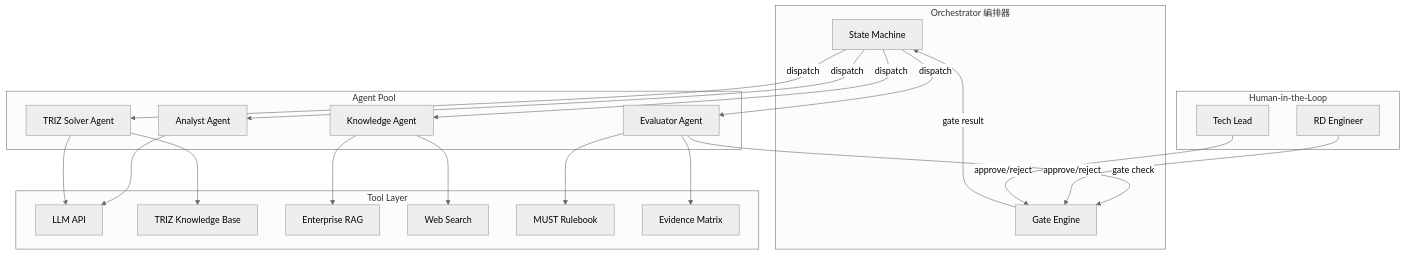
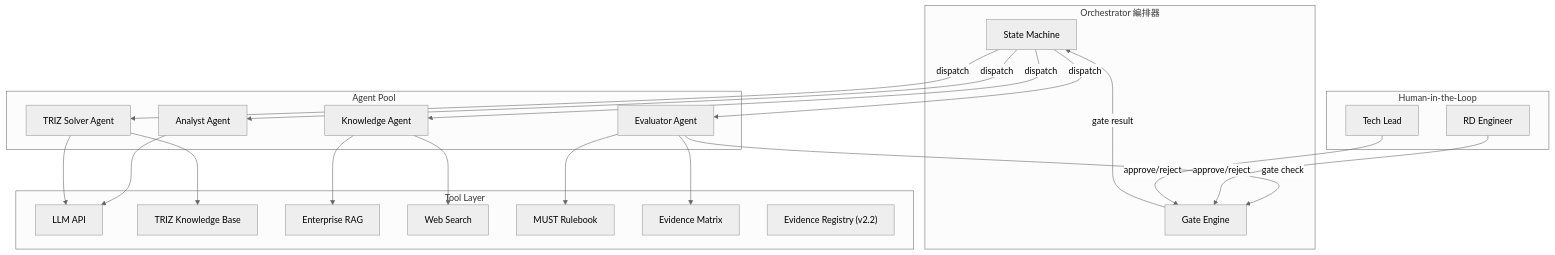
The first of 2 diagrams in docs/01-define/E3--ai-agent-detailed-design.md (Zenobia0000/RD_copilot_system), drawn with Mermaid before and after one commit. The commit also changed other lines of this file and 9 other files, not shown here.

````diff
--- a/docs/01-define/E3--ai-agent-detailed-design.md
+++ b/docs/01-define/E3--ai-agent-detailed-design.md
@@ -65,47 +66,48 @@
 ```mermaid
 %%{init: {'theme': 'neutral'}}%%
 graph TB
     subgraph Orchestrator["Orchestrator 編排器"]
         SM["State Machine"]
         GE["Gate Engine"]
     end
 
     subgraph Agents["Agent Pool"]
         AA["Analyst Agent"]
         TA["TRIZ Solver Agent"]
         EA["Evaluator Agent"]
         KA["Knowledge Agent"]
     end
 
     subgraph Tools["Tool Layer"]
         LLM["LLM API"]
         TRIZ_KB["TRIZ Knowledge Base"]
         RAG["Enterprise RAG"]
         WEB["Web Search"]
         MUST["MUST Rulebook"]
         EM["Evidence Matrix"]
+        ER["Evidence Registry (v2.2)"]
     end
 
     subgraph Human["Human-in-the-Loop"]
         RD["RD Engineer"]
         TL["Tech Lead"]
     end
 
     SM -->|dispatch| AA
     SM -->|dispatch| TA
     SM -->|dispatch| EA
     SM -->|dispatch| KA
     GE -->|gate result| SM
 
     AA --> LLM
     TA --> TRIZ_KB
     TA --> LLM
     EA --> MUST
     EA --> EM
     KA --> RAG
     KA --> WEB
 
     EA -->|gate check| GE
     RD -->|approve/reject| GE
     TL -->|approve/reject| GE
 ```
````
